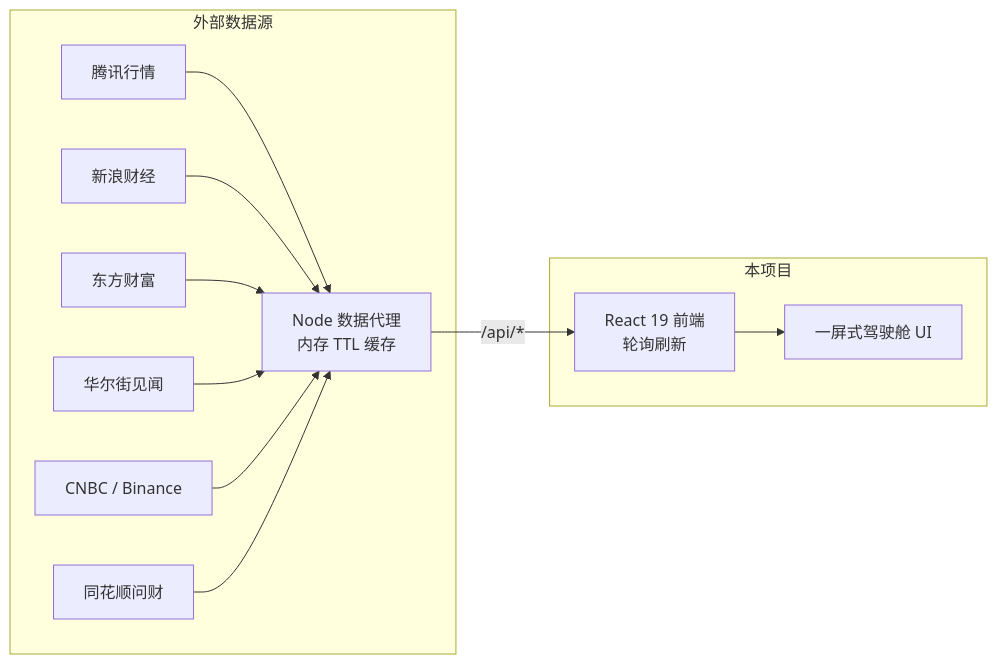
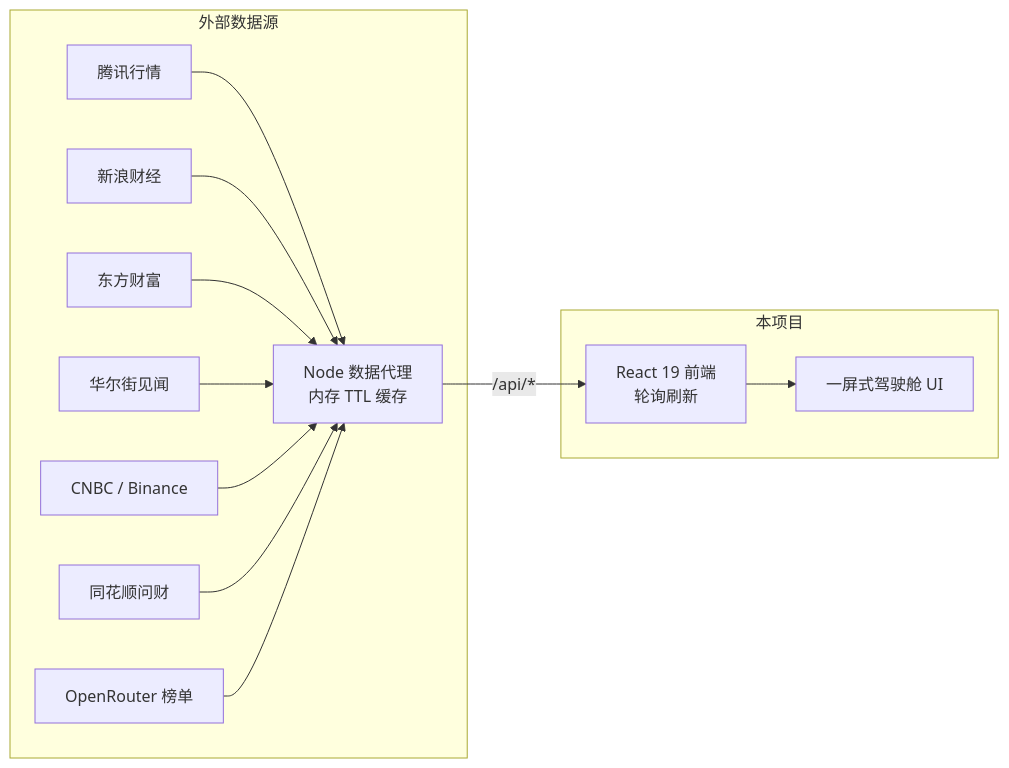
The diagram in README.md (theBigGavin/marketingdashboard), drawn with Mermaid before and after one commit. The commit also changed other lines of this file and 3 other files, not shown here.

First line of the commit message:
feat: OpenRouter 全量历史数据积累 + 面板优化

````diff
--- a/README.md
+++ b/README.md
@@ -37,15 +37,16 @@
 ```mermaid
 flowchart LR
     subgraph 外部数据源
         A[腾讯行情] --> D
         B[新浪财经] --> D
         C1[东方财富] --> D
         C2[华尔街见闻] --> D
         C3[CNBC / Binance] --> D
         C4[同花顺问财] --> D
+        C5[OpenRouter 榜单] --> D
     end
     subgraph 本项目
         D["Node 数据代理<br/>内存 TTL 缓存"] -->|"/api/*"| E["React 19 前端<br/>轮询刷新"]
         E --> F[一屏式驾驶舱 UI]
     end
 ```
````
